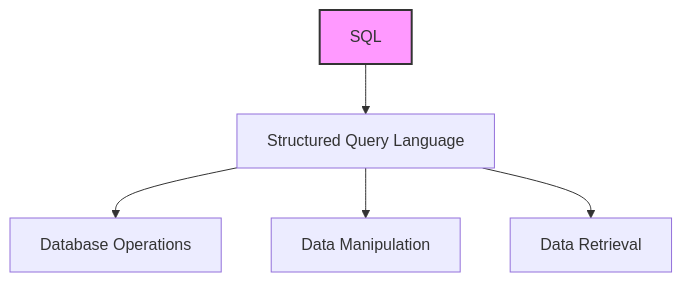
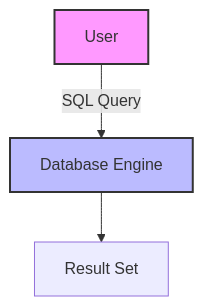
The diagram in 17sqloverivew.md (fistasolutions/learn-database-unicorndevelopers), drawn with Mermaid before and after one commit. The commit also changed other lines of this file and 37 other files, not shown here.

````diff
--- a/17sqloverivew.md
+++ b/17sqloverivew.md
@@ -20,8 +34,7 @@
 ```mermaid
 graph TD
-    A[SQL] --> B[Structured Query Language]
-    B --> C[Database Operations]
-    B --> D[Data Manipulation]
-    B --> E[Data Retrieval]
+    A[User] -->|SQL Query| B[Database Engine]
+    B --> C[Result Set]
     style A fill:#f9f,stroke:#333,stroke-width:2px
+    style B fill:#bbf,stroke:#333,stroke-width:2px
 ```
````
